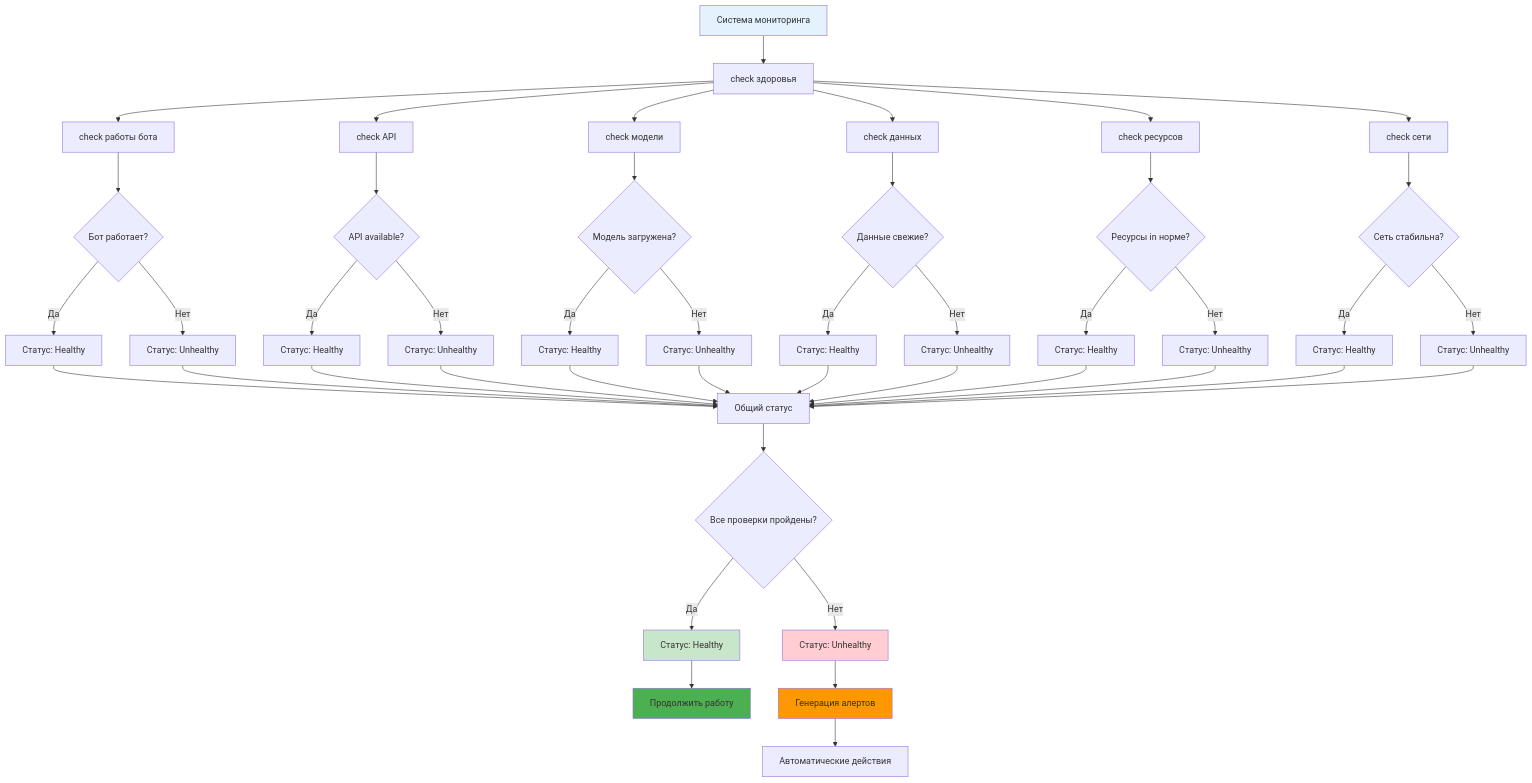
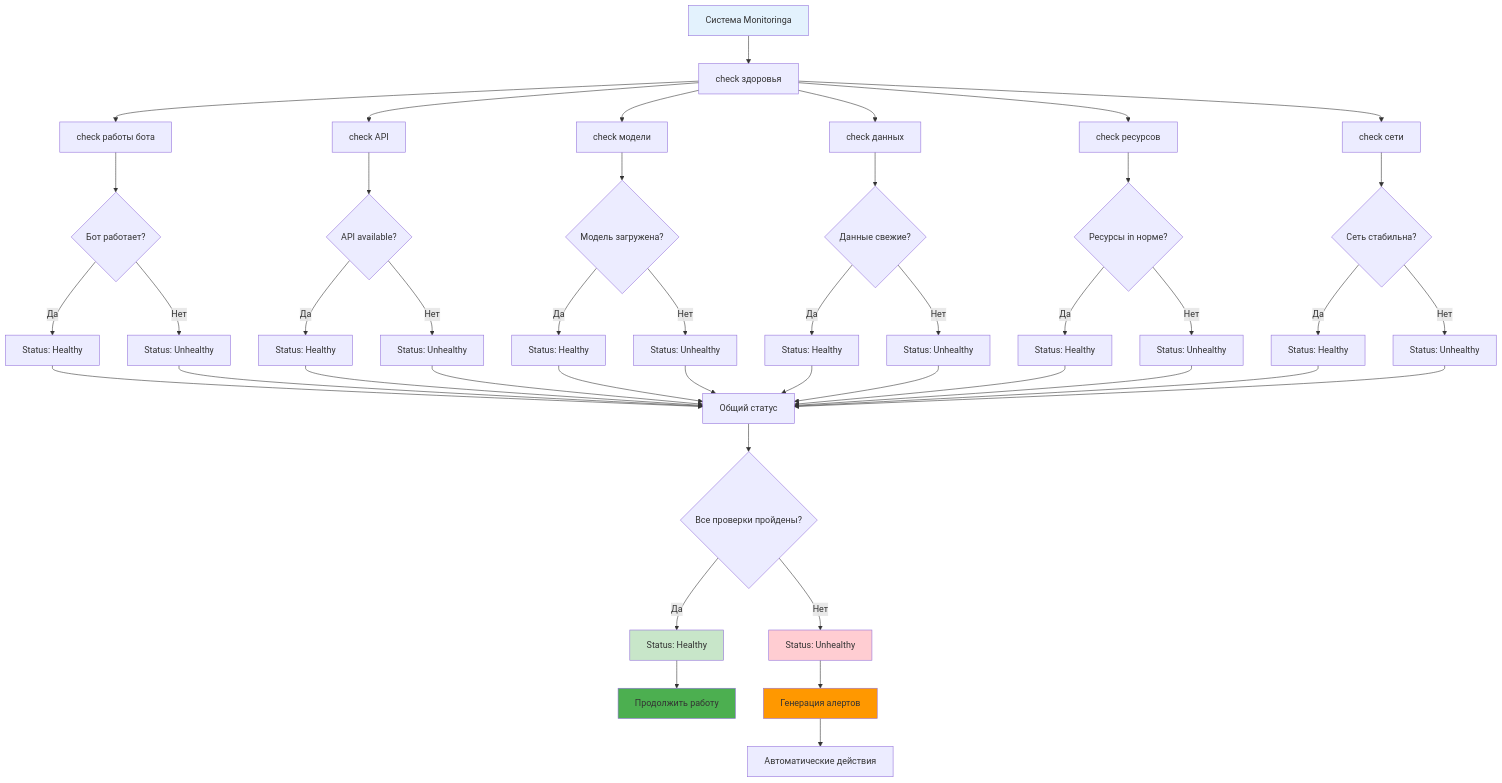
One commit to NeoZorK/neozork-hld-prediction changed the fifth of 8 diagrams in docs/automl/gluon/27_trading_bot_monitoring.md. Above: the diagram before and after it, drawn with Mermaid. The commit also changed other lines of this file and 102 other files, not shown here.

````diff
--- a/docs/automl/gluon/27_trading_bot_monitoring.md
+++ b/docs/automl/gluon/27_trading_bot_monitoring.md
@@ -1841,62 +1841,62 @@
 ```mermaid
 graph TD
- A[Система мониторинга] --> B[check здоровья]
+ A[Система Monitoringа] --> B[check здоровья]
 
  B --> C[check работы бота]
  B --> D[check API]
  B --> E[check модели]
  B --> F[check данных]
  B --> G[check ресурсов]
  B --> H[check сети]
 
  C --> C1{Бот работает?}
- C1 -->|Да| C2[Статус: Healthy]
- C1 -->|Нет| C3[Статус: Unhealthy]
+ C1 -->|Да| C2[Status: Healthy]
+ C1 -->|Нет| C3[Status: Unhealthy]
 
  D --> D1{API available?}
- D1 -->|Да| D2[Статус: Healthy]
- D1 -->|Нет| D3[Статус: Unhealthy]
+ D1 -->|Да| D2[Status: Healthy]
+ D1 -->|Нет| D3[Status: Unhealthy]
 
  E --> E1{Модель загружена?}
- E1 -->|Да| E2[Статус: Healthy]
- E1 -->|Нет| E3[Статус: Unhealthy]
+ E1 -->|Да| E2[Status: Healthy]
+ E1 -->|Нет| E3[Status: Unhealthy]
 
  F --> F1{Данные свежие?}
- F1 -->|Да| F2[Статус: Healthy]
- F1 -->|Нет| F3[Статус: Unhealthy]
+ F1 -->|Да| F2[Status: Healthy]
+ F1 -->|Нет| F3[Status: Unhealthy]
 
  G --> G1{Ресурсы in норме?}
- G1 -->|Да| G2[Статус: Healthy]
- G1 -->|Нет| G3[Статус: Unhealthy]
+ G1 -->|Да| G2[Status: Healthy]
+ G1 -->|Нет| G3[Status: Unhealthy]
 
  H --> H1{Сеть стабильна?}
- H1 -->|Да| H2[Статус: Healthy]
- H1 -->|Нет| H3[Статус: Unhealthy]
+ H1 -->|Да| H2[Status: Healthy]
+ H1 -->|Нет| H3[Status: Unhealthy]
 
  C2 --> I[Общий статус]
  C3 --> I
  D2 --> I
  D3 --> I
  E2 --> I
  E3 --> I
  F2 --> I
  F3 --> I
  G2 --> I
  G3 --> I
  H2 --> I
  H3 --> I
 
  I --> J{Все проверки пройдены?}
- J -->|Да| K[Статус: Healthy]
- J -->|Нет| L[Статус: Unhealthy]
+ J -->|Да| K[Status: Healthy]
+ J -->|Нет| L[Status: Unhealthy]
 
  K --> M[Продолжить работу]
  L --> N[Генерация алертов]
  N --> O[Автоматические действия]
 
  style A fill:#e3f2fd
  style K fill:#c8e6c9
  style L fill:#ffcdd2
  style M fill:#4caf50
  style N fill:#ff9800
 ```
````
